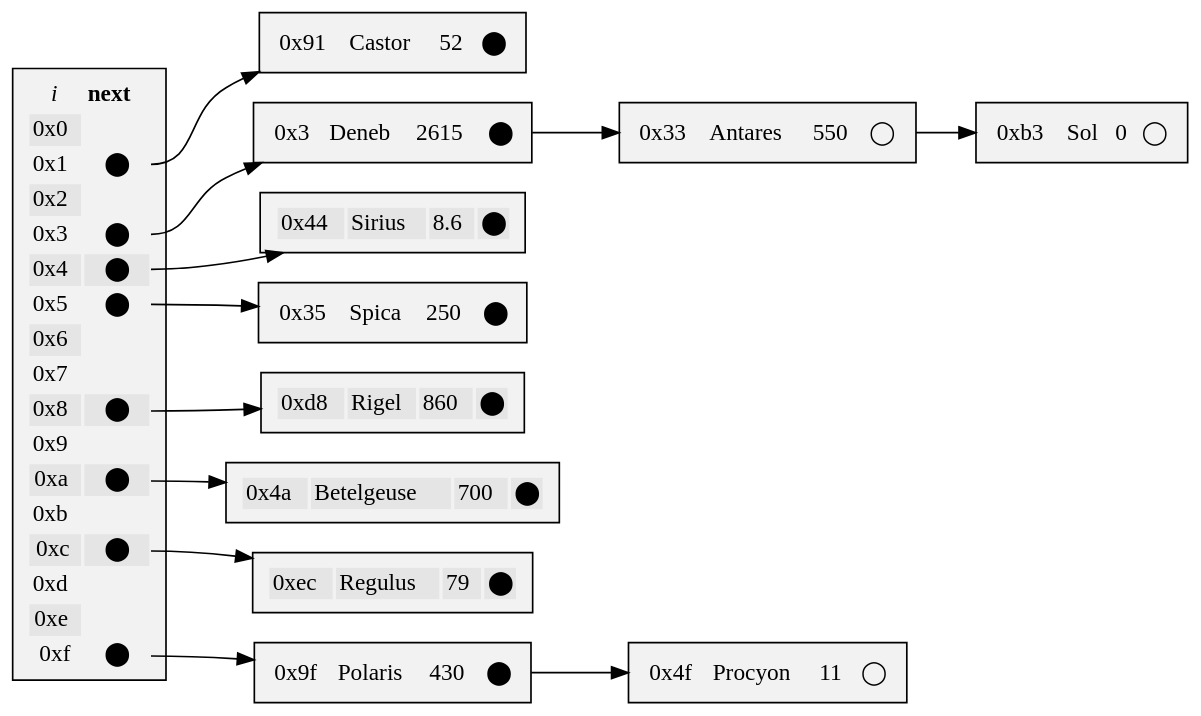
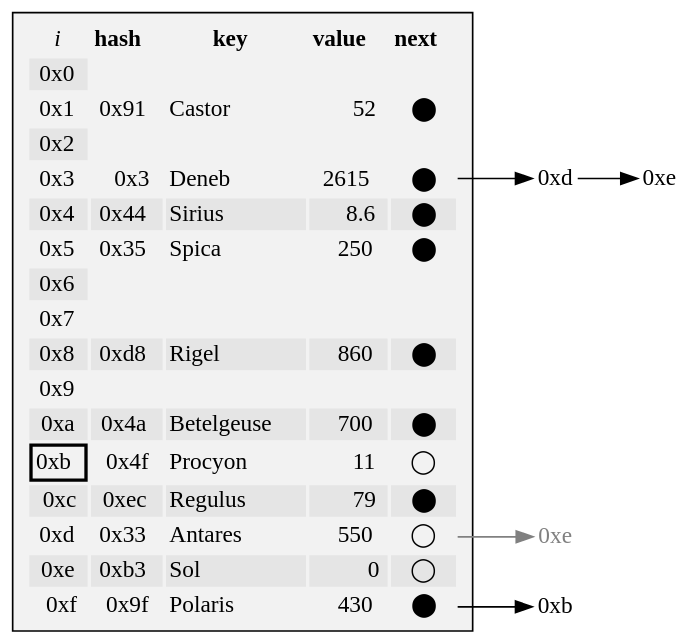
The diagram in web/table-precursor/star-chained.gv (neil-edelman/boxes), drawn with Graphviz before and after one commit. The commit also changed 4 other files, not shown here.

```diff
--- a/web/table-precursor/star-chained.gv
+++ b/web/table-precursor/star-chained.gv
@@ -1,167 +1,117 @@
 digraph {
 	rankdir=LR;
 	graph [truecolor=true, bgcolor=transparent];
 	fontface=modern;
 	node [shape=box, style=filled, fillcolor="Gray95"];
 	hash [label=<<TABLE BORDER="0">
 	<TR>
 		<TD BORDER="0"><FONT FACE="Times-Italic">i</FONT></TD>
+		<TD BORDER="0"><FONT FACE="Times-Bold">hash</FONT></TD>
+		<TD BORDER="0"><FONT FACE="Times-Bold">key</FONT></TD>
+		<TD BORDER="0"><FONT FACE="Times-Bold">value</FONT></TD>
 		<TD BORDER="0"><FONT FACE="Times-Bold">next</FONT></TD>
 	</TR>
 	<TR>
 		<TD ALIGN="RIGHT" BGCOLOR="Gray90">0x0</TD>
 	</TR>
 	<TR>
 		<TD ALIGN="RIGHT">0x1</TD>
+		<TD ALIGN="RIGHT">0x91</TD>
+		<TD ALIGN="LEFT">Castor</TD>
+		<TD ALIGN="RIGHT">52</TD>
 		<TD PORT="1">⬤</TD>
 	</TR>
 	<TR>
 		<TD ALIGN="RIGHT" BGCOLOR="Gray90">0x2</TD>
 	</TR>
 	<TR>
 		<TD ALIGN="RIGHT">0x3</TD>
+		<TD ALIGN="RIGHT">0x3</TD>
+		<TD ALIGN="LEFT">Deneb</TD>
+		<TD ALIGN="RIGHT">2615</TD>
 		<TD PORT="3">⬤</TD>
 	</TR>
 	<TR>
 		<TD ALIGN="RIGHT" BGCOLOR="Gray90">0x4</TD>
+		<TD ALIGN="RIGHT" BGCOLOR="Gray90">0x44</TD>
+		<TD ALIGN="LEFT" BGCOLOR="Gray90">Sirius</TD>
+		<TD ALIGN="RIGHT" BGCOLOR="Gray90">8.6</TD>
 		<TD PORT="4" BGCOLOR="Gray90">⬤</TD>
 	</TR>
 	<TR>
 		<TD ALIGN="RIGHT">0x5</TD>
+		<TD ALIGN="RIGHT">0x35</TD>
+		<TD ALIGN="LEFT">Spica</TD>
+		<TD ALIGN="RIGHT">250</TD>
 		<TD PORT="5">⬤</TD>
 	</TR>
 	<TR>
 		<TD ALIGN="RIGHT" BGCOLOR="Gray90">0x6</TD>
 	</TR>
 	<TR>
 		<TD ALIGN="RIGHT">0x7</TD>
 	</TR>
 	<TR>
 		<TD ALIGN="RIGHT" BGCOLOR="Gray90">0x8</TD>
+		<TD ALIGN="RIGHT" BGCOLOR="Gray90">0xd8</TD>
+		<TD ALIGN="LEFT" BGCOLOR="Gray90">Rigel</TD>
+		<TD ALIGN="RIGHT" BGCOLOR="Gray90">860</TD>
 		<TD PORT="8" BGCOLOR="Gray90">⬤</TD>
 	</TR>
 	<TR>
 		<TD ALIGN="RIGHT">0x9</TD>
 	</TR>
 	<TR>
 		<TD ALIGN="RIGHT" BGCOLOR="Gray90">0xa</TD>
-		<TD PORT="10" BGCOLOR="Gray90">⬤</TD>
-	</TR>
-	<TR>
-		<TD ALIGN="RIGHT" BORDER="0">0xb</TD>
-	</TR>
-	<TR>
-		<TD ALIGN="RIGHT" BGCOLOR="Gray90">0xc</TD>
-		<TD PORT="12" BGCOLOR="Gray90">⬤</TD>
-	</TR>
-	<TR>
-		<TD ALIGN="RIGHT">0xd</TD>
-	</TR>
-	<TR>
-		<TD ALIGN="RIGHT" BGCOLOR="Gray90">0xe</TD>
-	</TR>
-	<TR>
-		<TD ALIGN="RIGHT">0xf</TD>
-		<TD PORT="15">⬤</TD>
-	</TR>
-</TABLE>>];
-	e1 [label=<<TABLE BORDER="0">
-	<TR>
-		<TD ALIGN="RIGHT">0x91</TD>
-		<TD ALIGN="LEFT">Castor</TD>
-		<TD ALIGN="RIGHT">52</TD>
-		<TD PORT="1">⬤</TD>
-	</TR>
-</TABLE>>];
-	e3 [label=<<TABLE BORDER="0">
-	<TR>
-		<TD ALIGN="RIGHT">0x3</TD>
-		<TD ALIGN="LEFT">Deneb</TD>
-		<TD ALIGN="RIGHT">2615</TD>
-		<TD PORT="3">⬤</TD>
-	</TR>
-</TABLE>>];
-	e4 [label=<<TABLE BORDER="0">
-	<TR>
-		<TD ALIGN="RIGHT" BGCOLOR="Gray90">0x44</TD>
-		<TD ALIGN="LEFT" BGCOLOR="Gray90">Sirius</TD>
-		<TD ALIGN="RIGHT" BGCOLOR="Gray90">8.6</TD>
-		<TD PORT="4" BGCOLOR="Gray90">⬤</TD>
-	</TR>
-</TABLE>>];
-	e5 [label=<<TABLE BORDER="0">
-	<TR>
-		<TD ALIGN="RIGHT">0x35</TD>
-		<TD ALIGN="LEFT">Spica</TD>
-		<TD ALIGN="RIGHT">250</TD>
-		<TD PORT="5">⬤</TD>
-	</TR>
-</TABLE>>];
-	e8 [label=<<TABLE BORDER="0">
-	<TR>
-		<TD ALIGN="RIGHT" BGCOLOR="Gray90">0xd8</TD>
-		<TD ALIGN="LEFT" BGCOLOR="Gray90">Rigel</TD>
-		<TD ALIGN="RIGHT" BGCOLOR="Gray90">860</TD>
-		<TD PORT="8" BGCOLOR="Gray90">⬤</TD>
-	</TR>
-</TABLE>>];
-	e10 [label=<<TABLE BORDER="0">
-	<TR>
 		<TD ALIGN="RIGHT" BGCOLOR="Gray90">0x4a</TD>
 		<TD ALIGN="LEFT" BGCOLOR="Gray90">Betelgeuse</TD>
 		<TD ALIGN="RIGHT" BGCOLOR="Gray90">700</TD>
 		<TD PORT="10" BGCOLOR="Gray90">⬤</TD>
 	</TR>
-</TABLE>>];
-	e11 [label=<<TABLE BORDER="0">
 	<TR>
+		<TD ALIGN="RIGHT" BORDER="2">0xb</TD>
 		<TD ALIGN="RIGHT">0x4f</TD>
 		<TD ALIGN="LEFT">Procyon</TD>
 		<TD ALIGN="RIGHT">11</TD>
 		<TD PORT="11">◯</TD>
 	</TR>
-</TABLE>>];
-	e12 [label=<<TABLE BORDER="0">
 	<TR>
+		<TD ALIGN="RIGHT" BGCOLOR="Gray90">0xc</TD>
 		<TD ALIGN="RIGHT" BGCOLOR="Gray90">0xec</TD>
 		<TD ALIGN="LEFT" BGCOLOR="Gray90">Regulus</TD>
 		<TD ALIGN="RIGHT" BGCOLOR="Gray90">79</TD>
 		<TD PORT="12" BGCOLOR="Gray90">⬤</TD>
 	</TR>
-</TABLE>>];
-	e13 [label=<<TABLE BORDER="0">
 	<TR>
+		<TD ALIGN="RIGHT">0xd</TD>
 		<TD ALIGN="RIGHT">0x33</TD>
 		<TD ALIGN="LEFT">Antares</TD>
 		<TD ALIGN="RIGHT">550</TD>
 		<TD PORT="13">◯</TD>
 	</TR>
-</TABLE>>];
-	e14 [label=<<TABLE BORDER="0">
 	<TR>
-		<TD ALIGN="RIGHT">0xb3</TD>
-		<TD ALIGN="LEFT">Sol</TD>
-		<TD ALIGN="RIGHT">0</TD>
-		<TD PORT="14">◯</TD>
+		<TD ALIGN="RIGHT" BGCOLOR="Gray90">0xe</TD>
+		<TD ALIGN="RIGHT" BGCOLOR="Gray90">0xb3</TD>
+		<TD ALIGN="LEFT" BGCOLOR="Gray90">Sol</TD>
+		<TD ALIGN="RIGHT" BGCOLOR="Gray90">0</TD>
+		<TD PORT="14" BGCOLOR="Gray90">◯</TD>
 	</TR>
-</TABLE>>];
-	e15 [label=<<TABLE BORDER="0">
 	<TR>
+		<TD ALIGN="RIGHT">0xf</TD>
 		<TD ALIGN="RIGHT">0x9f</TD>
 		<TD ALIGN="LEFT">Polaris</TD>
 		<TD ALIGN="RIGHT">430</TD>
 		<TD PORT="15">⬤</TD>
 	</TR>
 </TABLE>>];
-	node [shape=plain, fillcolor=none, headclip = false, tailclip=false]
-	hash:1 -> e1;
-	hash:3 -> e3 -> e13 -> e14;
-	hash:4 -> e4;
-	hash:5 -> e5;
-	hash:8 -> e8;
-	hash:10 -> e10;
-	hash:12 -> e12;
-	hash:15 -> e15;
-	e15 -> e11;
+	node [shape=plain, fillcolor=none]
+	e13 [label="0xd"];
+	hash:3 -> e13 [tailclip=false];
+	e14 [label="0xe"];
+	e13 -> e14;
+	i0xe [label="0xe", fontcolor="Gray"];
+	hash:13 -> i0xe [color="Gray"];
+	e11 [label="0xb"];
+	hash:15 -> e11 [tailclip=false];
 	node [color=red];
 }
```
